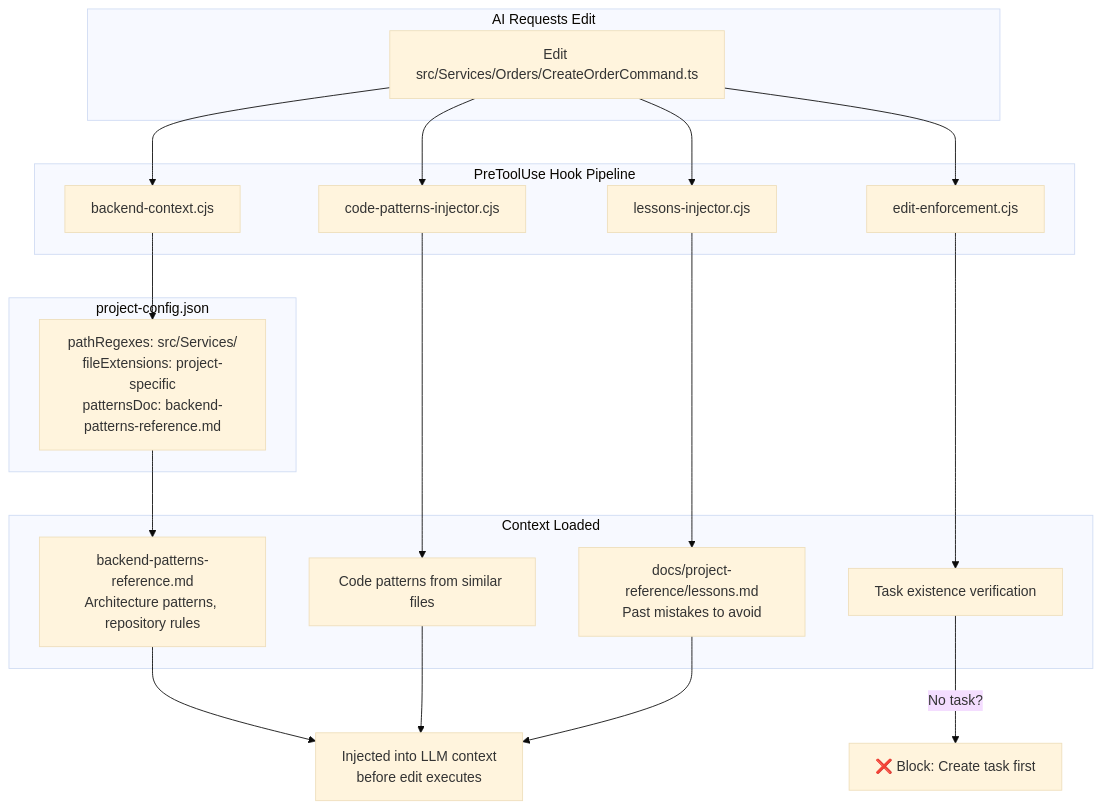
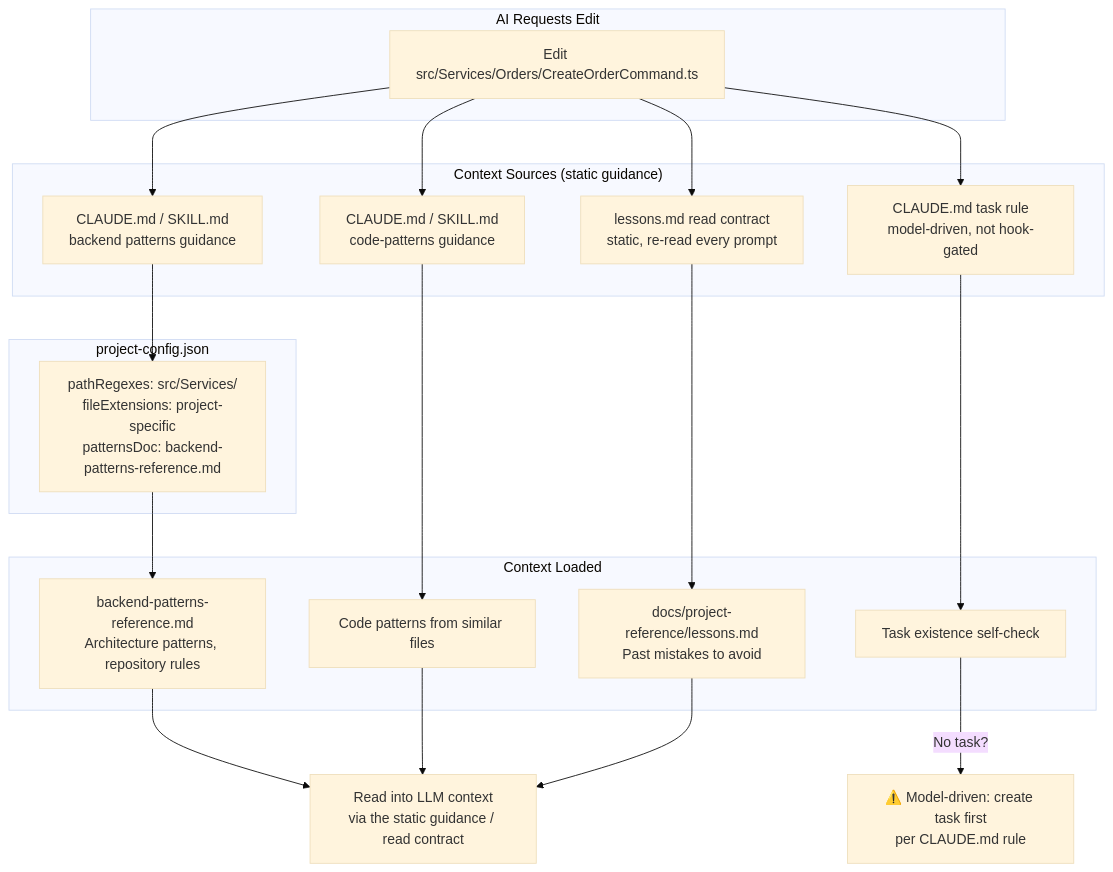
One commit to duc01226/EasyPlatform changed the fourth of 20 diagrams in .claude/docs/claude-ai-agent-framework-guide.md. Above: the diagram before and after it, drawn with Mermaid (base theme). The commit also changed other lines of this file and 1280 other files, not shown here.

````diff
--- a/.claude/docs/claude-ai-agent-framework-guide.md
+++ b/.claude/docs/claude-ai-agent-framework-guide.md
@@ -363,34 +353,34 @@
 ```mermaid
 graph TB
     subgraph "AI Requests Edit"
         E[Edit src/Services/Orders/CreateOrderCommand.ts]
     end
 
-    subgraph "PreToolUse Hook Pipeline"
-        BC[backend-context.cjs]
-        CP[code-patterns-injector.cjs]
-        LI[lessons-injector.cjs]
-        EE[edit-enforcement.cjs]
+    subgraph "Context Sources (static guidance)"
+        BC[CLAUDE.md / SKILL.md<br/>backend patterns guidance]
+        CP[CLAUDE.md / SKILL.md<br/>code-patterns guidance]
+        LI[lessons.md read contract<br/>static, re-read every prompt]
+        EE[CLAUDE.md task rule<br/>model-driven, not hook-gated]
     end
 
     subgraph "Context Loaded"
         P1[backend-patterns-reference.md<br/>Architecture patterns, repository rules]
         P2[Code patterns from similar files]
         P3[docs/project-reference/lessons.md<br/>Past mistakes to avoid]
-        P5[Task existence verification]
+        P5[Task existence self-check]
     end
 
     subgraph "project-config.json"
         PC[pathRegexes: src/Services/<br/>fileExtensions: project-specific<br/>patternsDoc: backend-patterns-reference.md]
     end
 
     E --> BC & CP & LI & EE
     BC --> PC
     PC --> P1
     CP --> P2
     LI --> P3
     EE --> P5
 
-    P1 & P2 & P3 --> INJ[Injected into LLM context<br/>before edit executes]
-    P5 -->|No task?| BLOCK2[❌ Block: Create task first]
+    P1 & P2 & P3 --> INJ[Read into LLM context<br/>via the static guidance / read contract]
+    P5 -->|No task?| BLOCK2[⚠️ Model-driven: create task first<br/>per CLAUDE.md rule]
 ```
````
